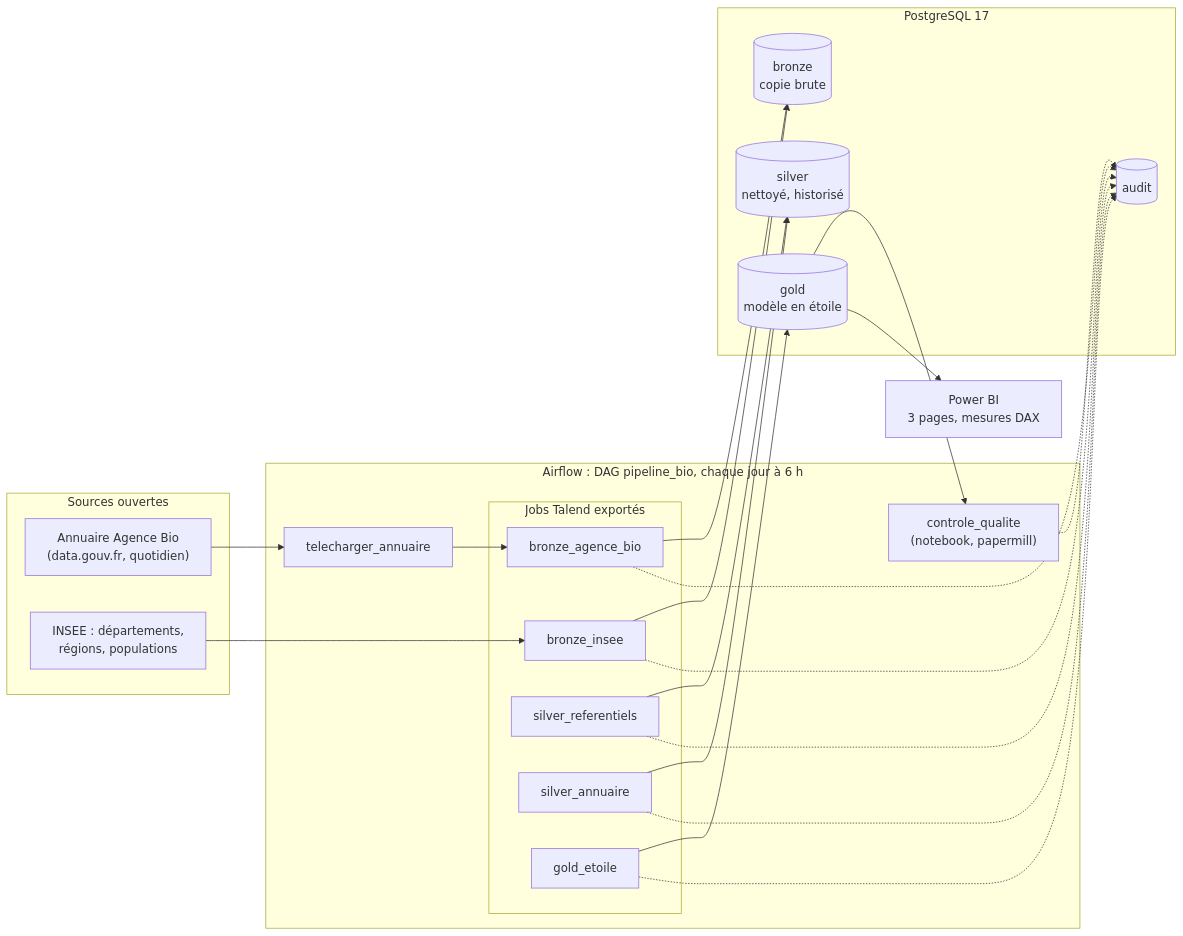
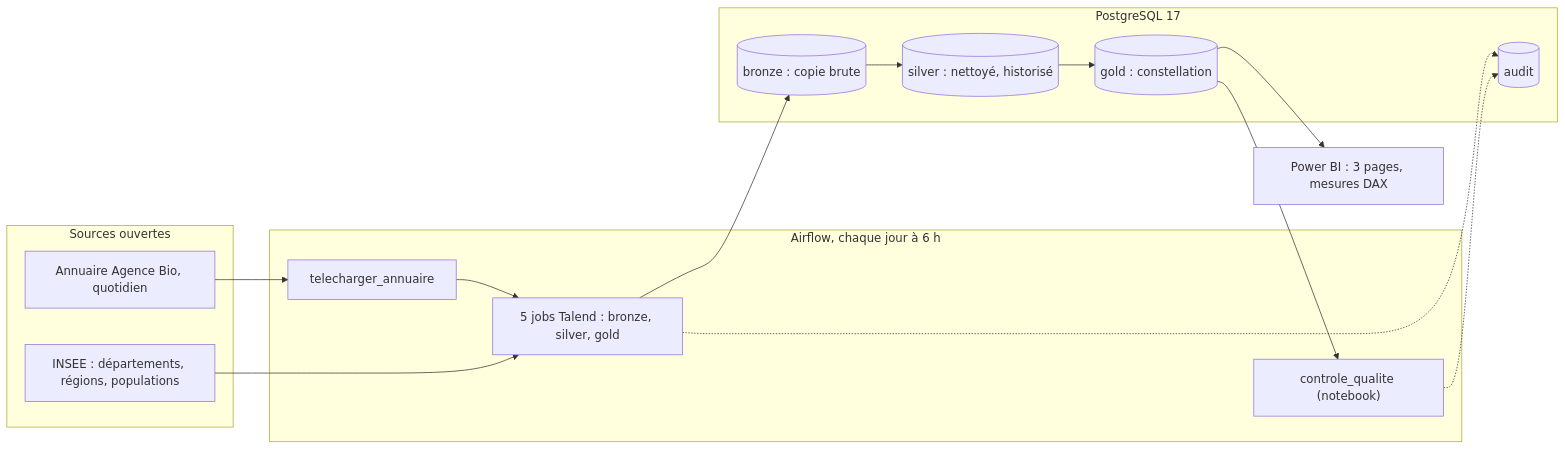
Before and after one commit to GuyMartial24/bio-operators-etl-pipeline: the first of 2 diagrams in README.md, drawn with Mermaid. The commit also changed other lines of this file, not shown here.

Commit message:
README : schémas Mermaid simplifiés pour le rendu GitHub
- Plus de sous-groupe imbriqué, de liens multiples (&) ni de retours à la ligne dans les libellés
- Ordre des jobs Talend précisé sous le schéma d'architecture

````diff
--- a/README.md
+++ b/README.md
@@ -32,34 +32,30 @@
 ```mermaid
 flowchart LR
-    subgraph Sources["Sources ouvertes"]
-        A["Annuaire Agence Bio<br/>(data.gouv.fr, quotidien)"]
-        I["INSEE : départements,<br/>régions, populations"]
+    subgraph sources [Sources ouvertes]
+        annuaire["Annuaire Agence Bio, quotidien"]
+        insee["INSEE : départements, régions, populations"]
     end
-    subgraph Airflow["Airflow : DAG pipeline_bio, chaque jour à 6 h"]
-        T["telecharger_annuaire"]
-        subgraph Talend["Jobs Talend exportés"]
-            B1["bronze_agence_bio"]
-            B2["bronze_insee"]
-            S1["silver_referentiels"]
-            S2["silver_annuaire"]
-            G["gold_etoile"]
-        end
-        Q["controle_qualite<br/>(notebook, papermill)"]
+    subgraph orchestration [Airflow, chaque jour à 6 h]
+        telechargement["telecharger_annuaire"]
+        jobs["5 jobs Talend : bronze, silver, gold"]
+        qualite["controle_qualite (notebook)"]
     end
-    subgraph PG["PostgreSQL 17"]
-        BR[("bronze<br/>copie brute")]
-        SI[("silver<br/>nettoyé, historisé")]
-        GO[("gold<br/>modèle en étoile")]
-        AU[("audit")]
+    subgraph base [PostgreSQL 17]
+        bronze[("bronze : copie brute")]
+        silver[("silver : nettoyé, historisé")]
+        gold[("gold : constellation")]
+        audit[("audit")]
     end
-    PBI["Power BI<br/>3 pages, mesures DAX"]
+    powerbi["Power BI : 3 pages, mesures DAX"]
 
-    A --> T --> B1
-    I --> B2
-    B1 & B2 --> BR
-    S1 & S2 --> SI
-    G --> GO
-    GO --> Q
-    GO --> PBI
-    B1 & B2 & S1 & S2 & G & Q -.-> AU
+    annuaire --> telechargement
+    telechargement --> jobs
+    insee --> jobs
+    jobs --> bronze
+    bronze --> silver
+    silver --> gold
+    gold --> qualite
+    gold --> powerbi
+    jobs -.-> audit
+    qualite -.-> audit
 ```
````
